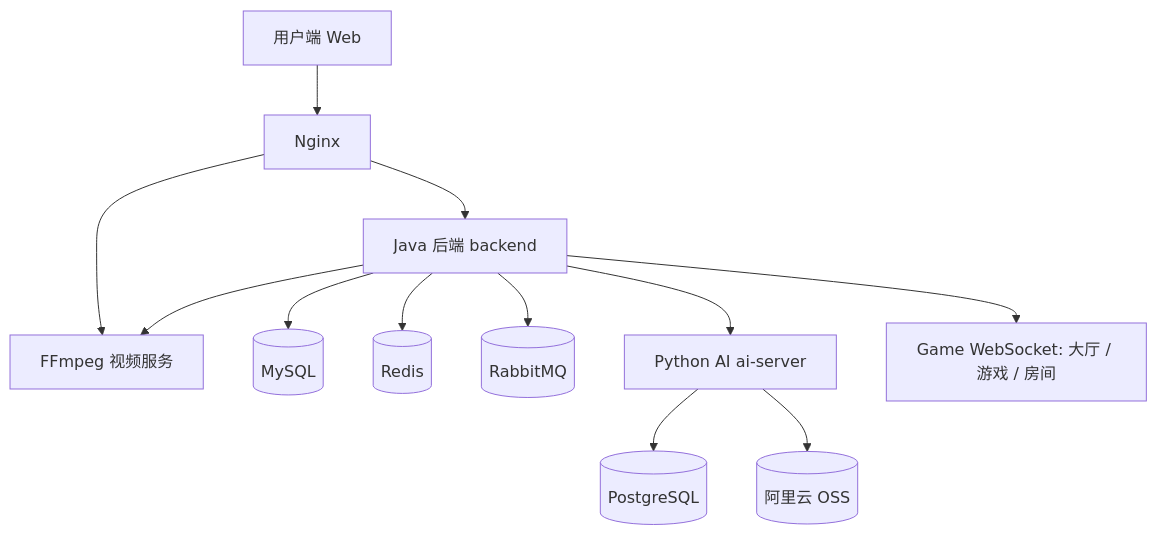
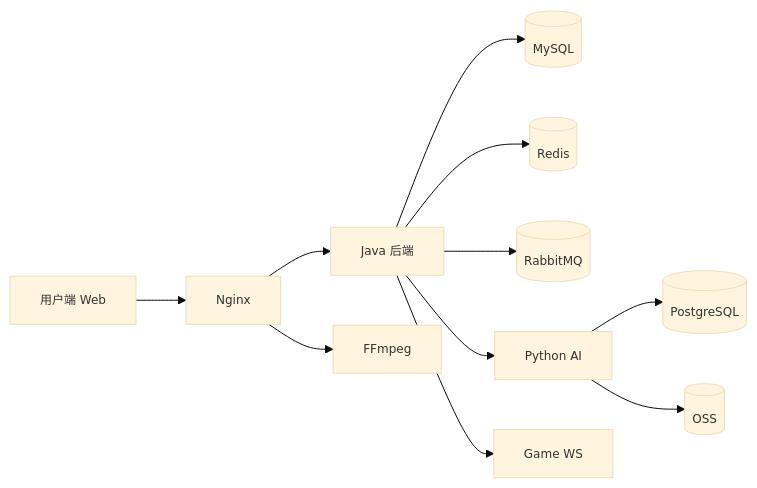
The first of 22 diagrams in README.md (pluchon/mengmeng_forum), drawn with Mermaid before and after one commit. The commit also changed other lines of this file and 2 other files, not shown here.

````diff
--- a/README.md
+++ b/README.md
@@ -177,16 +118,14 @@
 ```mermaid
-flowchart TB
+%%{init: {'theme':'base', 'themeVariables': {'fontSize':'12px'}}}%%
+flowchart LR
   U[用户端 Web] --> N[Nginx]
-  N --> J[Java 后端 backend]
-  N --> F[FFmpeg 视频服务]
-
+  N --> J[Java 后端]
+  N --> F[FFmpeg]
   J --> M[(MySQL)]
   J --> R[(Redis)]
   J --> Q[(RabbitMQ)]
-  J --> F
-
-  J --> P[Python AI ai-server]
-  J --> G[Game WebSocket: 大厅 / 游戏 / 房间]
+  J --> P[Python AI]
+  J --> G[Game WS]
   P --> PG[(PostgreSQL)]
-  P --> OSS[(阿里云 OSS)]
+  P --> OSS[(OSS)]
 ```
````
